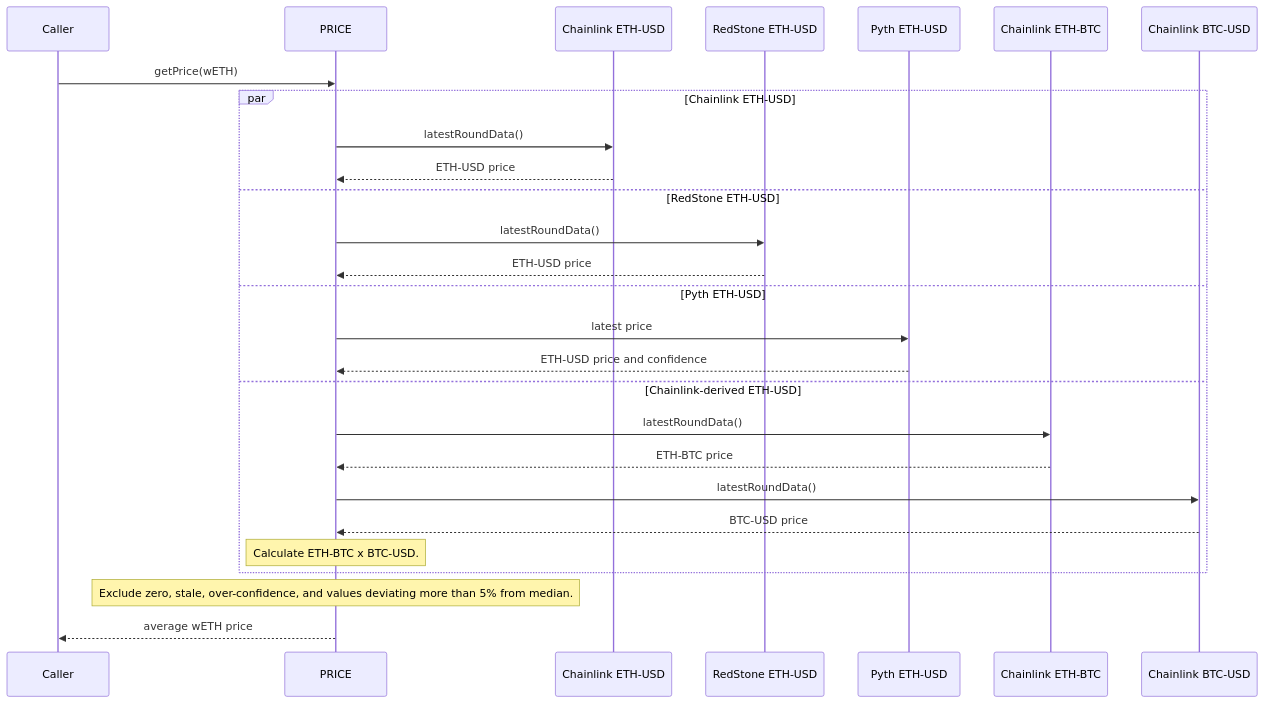
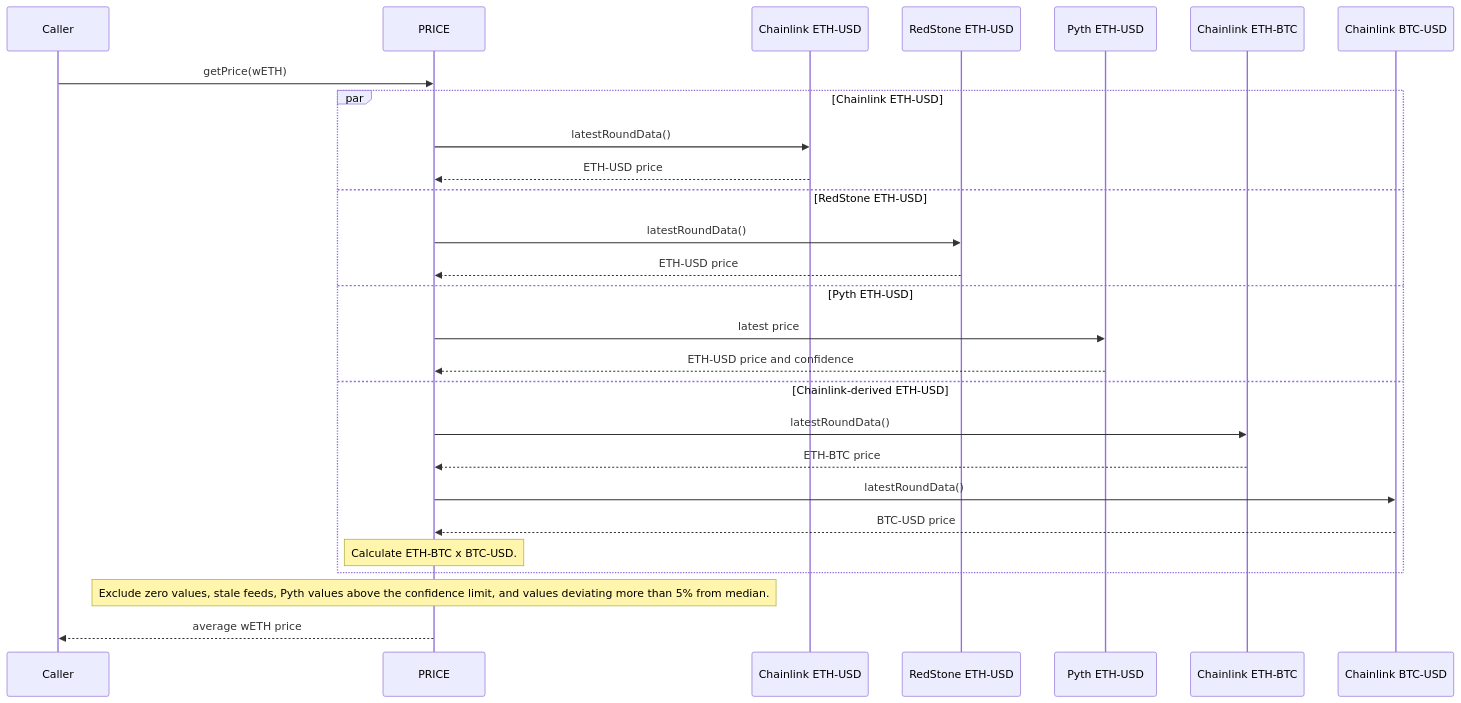
The second of 3 diagrams in docs/overview/09_asset-configuration.md (OlympusDAO/olympus-docs), drawn with Mermaid before and after one commit. The commit also changed other lines of this file and 2 other files, not shown here.

Commit message:
docs: document price oracle adapters

````diff
--- a/docs/overview/09_asset-configuration.md
+++ b/docs/overview/09_asset-configuration.md
@@ -88,30 +90,30 @@
 ```mermaid
 sequenceDiagram
     participant Caller
     participant PRICE
     participant CL_ETH as Chainlink ETH-USD
     participant RS_ETH as RedStone ETH-USD
     participant PYTH_ETH as Pyth ETH-USD
     participant CL_ETHBTC as Chainlink ETH-BTC
     participant CL_BTCUSD as Chainlink BTC-USD
 
     Caller->>PRICE: getPrice(wETH)
     par Chainlink ETH-USD
         PRICE->>CL_ETH: latestRoundData()
         CL_ETH-->>PRICE: ETH-USD price
     and RedStone ETH-USD
         PRICE->>RS_ETH: latestRoundData()
         RS_ETH-->>PRICE: ETH-USD price
     and Pyth ETH-USD
         PRICE->>PYTH_ETH: latest price
         PYTH_ETH-->>PRICE: ETH-USD price and confidence
     and Chainlink-derived ETH-USD
         PRICE->>CL_ETHBTC: latestRoundData()
         CL_ETHBTC-->>PRICE: ETH-BTC price
         PRICE->>CL_BTCUSD: latestRoundData()
         CL_BTCUSD-->>PRICE: BTC-USD price
         Note over PRICE: Calculate ETH-BTC x BTC-USD.
     end
-    Note over PRICE: Exclude zero, stale, over-confidence, and values deviating more than 5% from median.
+    Note over PRICE: Exclude zero values, stale feeds, Pyth values above the confidence limit, and values deviating more than 5% from median.
     PRICE-->>Caller: average wETH price
 ```
````
